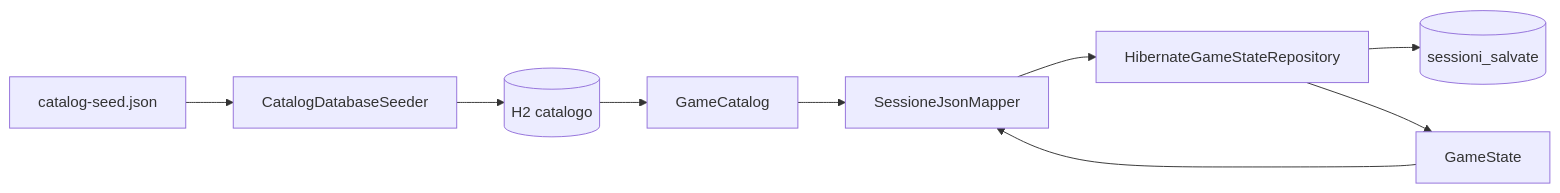
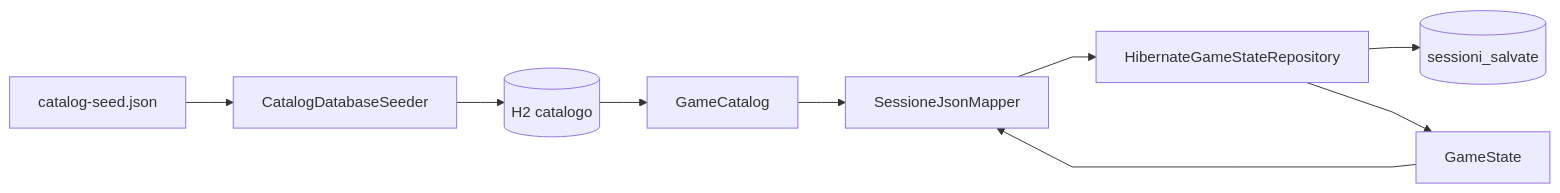
The diagram in .github/wiki-pages/Dati-e-persistenza.md (ValerioGiglio04/rpg-MPGC), drawn with Mermaid before and after one commit. The commit also changed 3 other files, not shown here.

Commit message:
Diagrammi Mermaid con linee dritte (curve linear)

````diff
--- a/.github/wiki-pages/Dati-e-persistenza.md
+++ b/.github/wiki-pages/Dati-e-persistenza.md
@@ -43,11 +43,12 @@
 ```mermaid
+%%{init: {"flowchart": {"curve": "linear"}}}%%
 flowchart LR
   JSON[catalog-seed.json] --> Seeder[CatalogDatabaseSeeder]
   Seeder --> H2Cat[(H2 catalogo)]
   H2Cat --> GC[GameCatalog]
   GS[GameState] --> Mapper[SessioneJsonMapper]
   Mapper --> Repo[HibernateGameStateRepository]
   Repo --> Tab[(sessioni_salvate)]
   GC --> Mapper
   Repo --> GS
 ```
````
